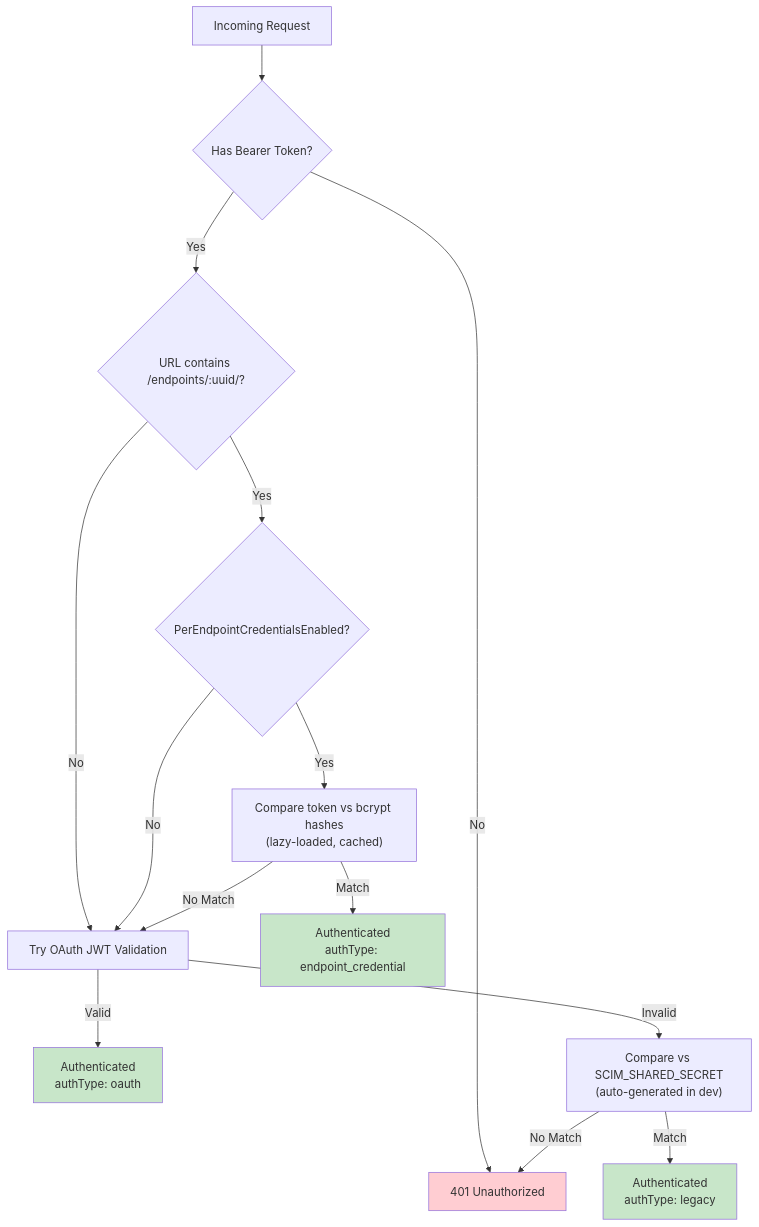
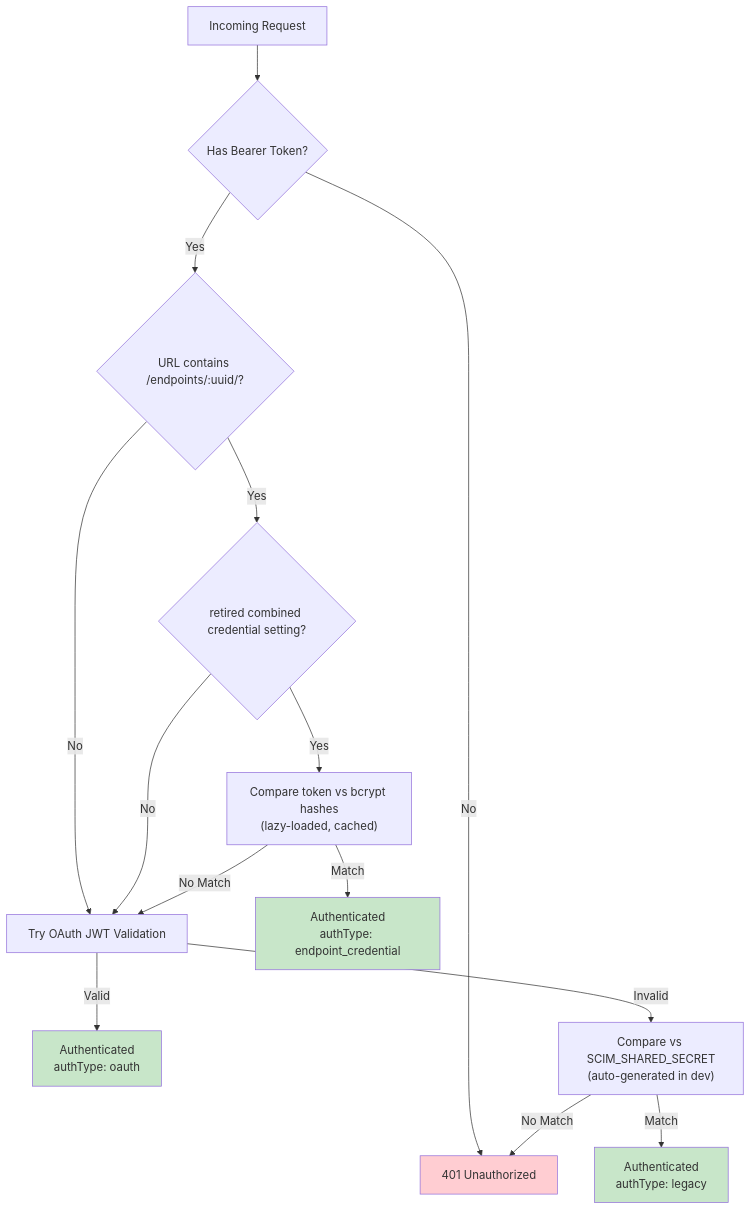
The seventh of 13 diagrams in docs/INNOVATION_REPORT_JAN_MAR_2026.md (pranems/SCIMServer), drawn with Mermaid before and after one commit. The commit also changed 113 other files, not shown here.

Commit message:
feat: retire combined endpoint credential setting

````diff
--- a/docs/INNOVATION_REPORT_JAN_MAR_2026.md
+++ b/docs/INNOVATION_REPORT_JAN_MAR_2026.md
@@ -418,26 +418,26 @@
 ```mermaid
 flowchart TD
     A[Incoming Request] --> B{Has Bearer Token?}
     B -->|No| FAIL[401 Unauthorized]
     B -->|Yes| C{URL contains /endpoints/:uuid/?}
 
-    C -->|Yes| D{PerEndpointCredentialsEnabled?}
+    C -->|Yes| D{retired combined credential setting?}
     C -->|No| G
 
     D -->|Yes| E["Compare token vs bcrypt hashes<br/>(lazy-loaded, cached)"]
     D -->|No| G
 
     E -->|Match| AUTH_EP["Authenticated<br/>authType: endpoint_credential"]
     E -->|No Match| G
 
     G["Try OAuth JWT Validation"] -->|Valid| AUTH_JWT["Authenticated<br/>authType: oauth"]
     G -->|Invalid| H
 
     H["Compare vs SCIM_SHARED_SECRET<br/>(auto-generated in dev)"] -->|Match| AUTH_LEGACY["Authenticated<br/>authType: legacy"]
     H -->|No Match| FAIL
 
     style AUTH_EP fill:#c8e6c9
     style AUTH_JWT fill:#c8e6c9
     style AUTH_LEGACY fill:#c8e6c9
     style FAIL fill:#ffcdd2
 ```
````
